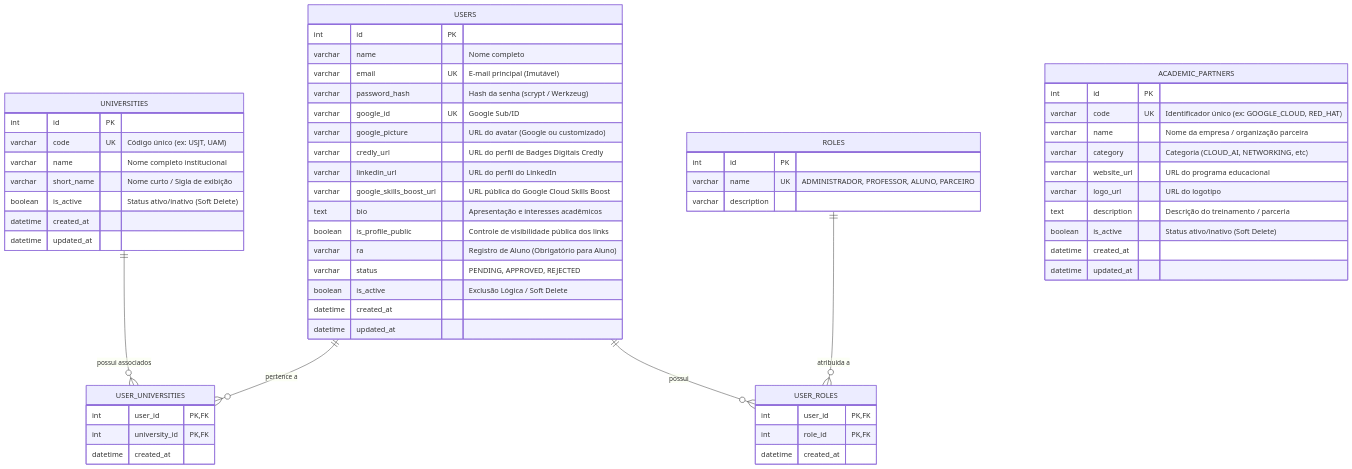
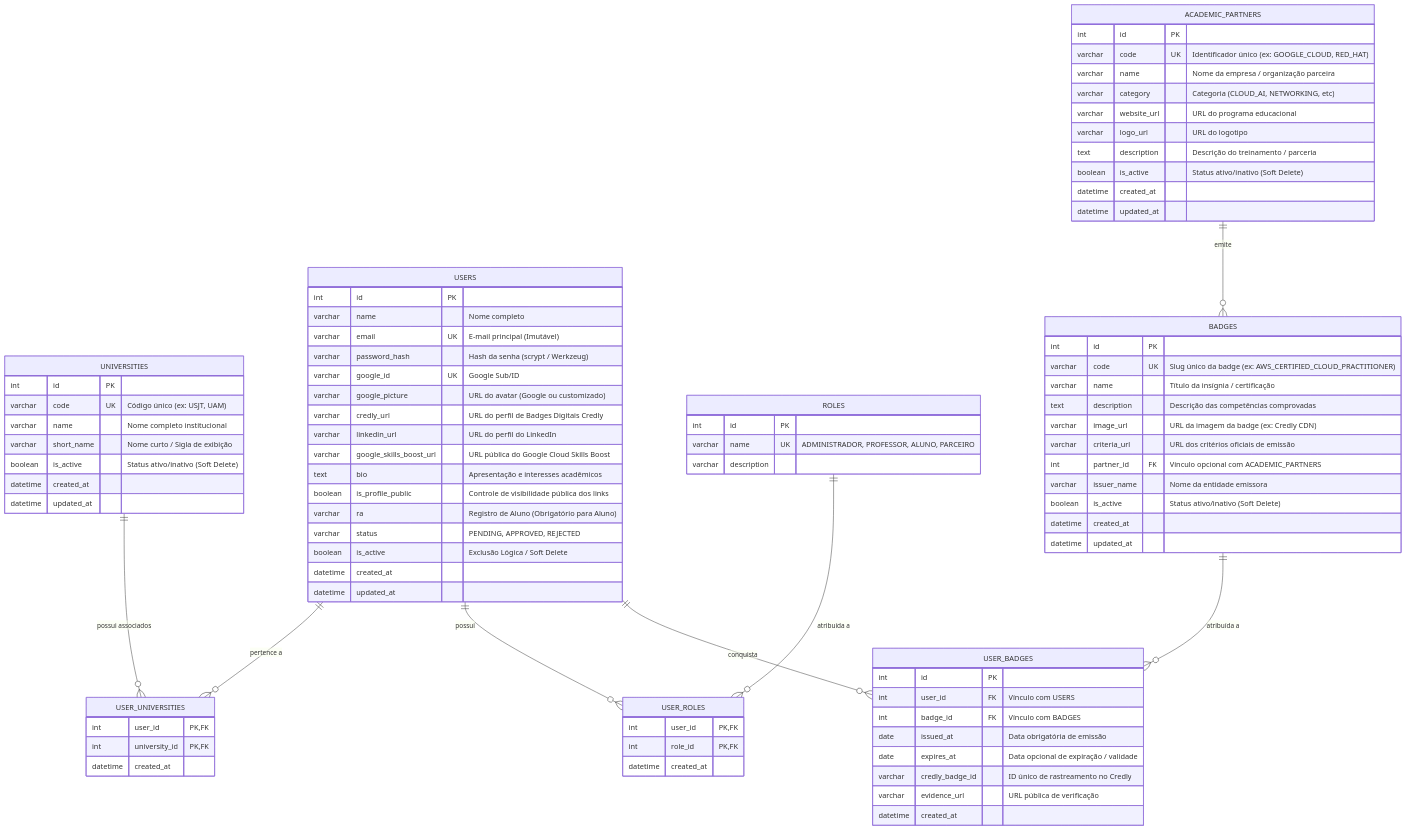
The diagram in documentation/database-schema.md (ecossistemaanima/Akademus), drawn with Mermaid before and after one commit. The commit also changed 13 other files, not shown here.

Commit message:
feat(badges): CRUD de badges, atribuição a usuários com validade e auto-sync Credly

```diff
--- a/documentation/database-schema.md
+++ b/documentation/database-schema.md
@@ -12,6 +12,9 @@
     USERS ||--o{ USER_UNIVERSITIES : "pertence a"
     ROLES ||--o{ USER_ROLES : "atribuída a"
     USERS ||--o{ USER_ROLES : "possui"
+    ACADEMIC_PARTNERS ||--o{ BADGES : "emite"
+    USERS ||--o{ USER_BADGES : "conquista"
+    BADGES ||--o{ USER_BADGES : "atribuída a"
 
     UNIVERSITIES {
         int id PK
@@ -34,6 +37,31 @@
         boolean is_active "Status ativo/inativo (Soft Delete)"
         datetime created_at
         datetime updated_at
+    }
+
+    BADGES {
+        int id PK
+        varchar code UK "Slug único da badge (ex: AWS_CERTIFIED_CLOUD_PRACTITIONER)"
+        varchar name "Título da insígnia / certificação"
+        text description "Descrição das competências comprovadas"
+        varchar image_url "URL da imagem da badge (ex: Credly CDN)"
+        varchar criteria_url "URL dos critérios oficiais de emissão"
+        int partner_id FK "Vínculo opcional com ACADEMIC_PARTNERS"
+        varchar issuer_name "Nome da entidade emissora"
+        boolean is_active "Status ativo/inativo (Soft Delete)"
+        datetime created_at
+        datetime updated_at
+    }
+
+    USER_BADGES {
+        int id PK
+        int user_id FK "Vínculo com USERS"
+        int badge_id FK "Vínculo com BADGES"
+        date issued_at "Data obrigatória de emissão"
+        date expires_at "Data opcional de expiração / validade"
+        varchar credly_badge_id "ID único de rastreamento no Credly"
+        varchar evidence_url "URL pública de verificação"
+        datetime created_at
     }
 
     USERS {
```
